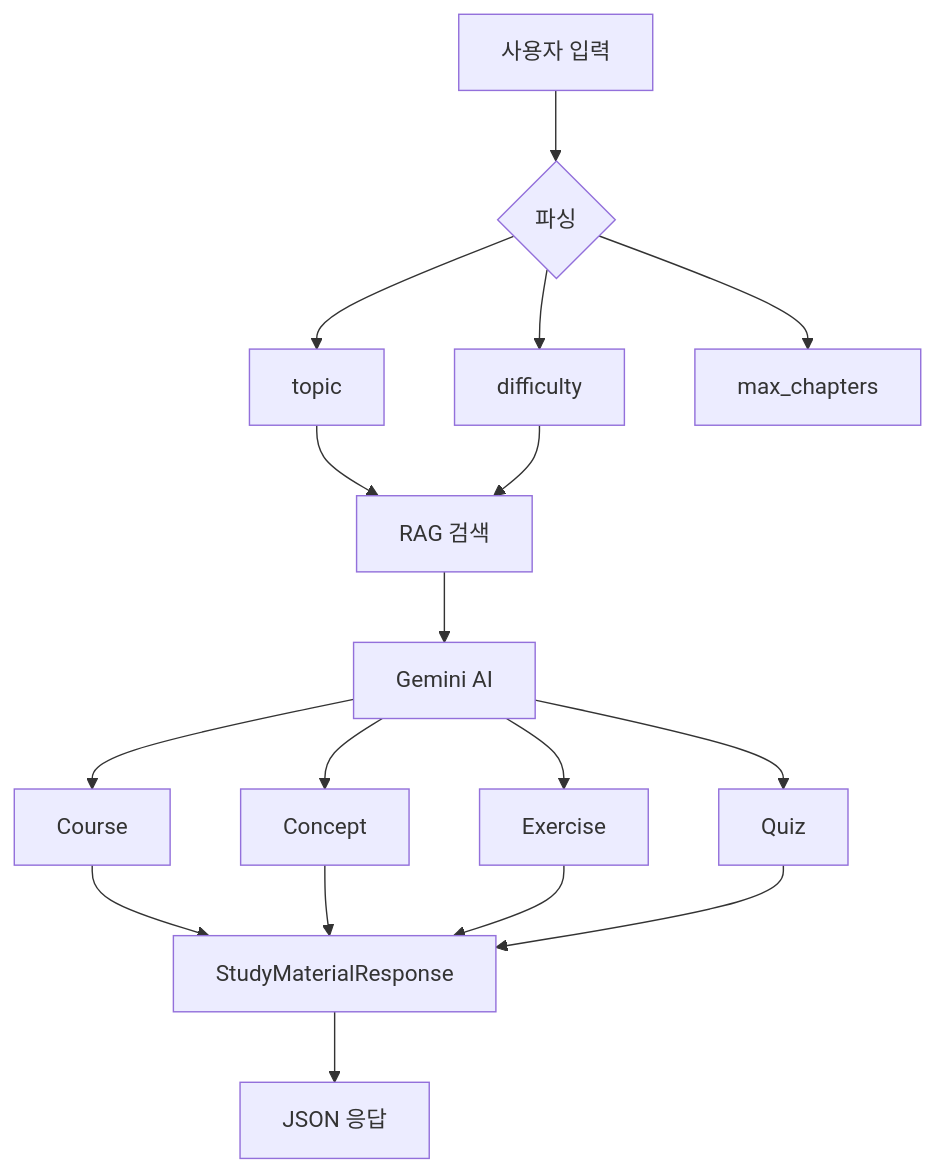
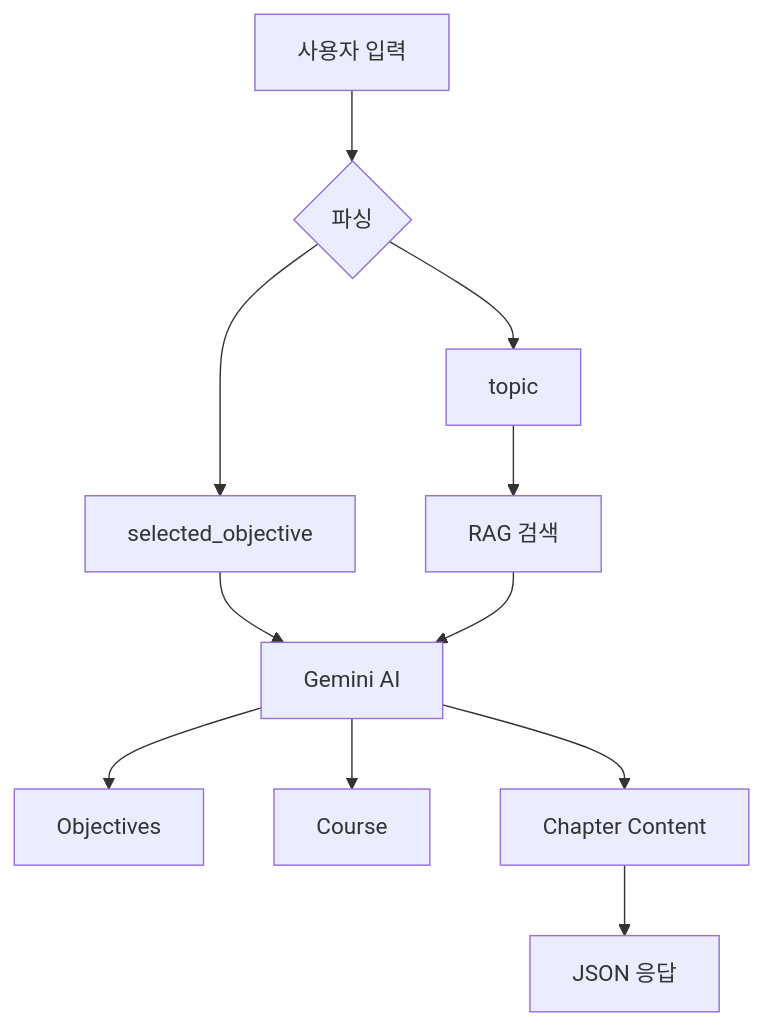
The eighth of 10 diagrams in plans/pop_pins_ii_sequence_diagram.md (I-nkamanda/poppins), drawn with Mermaid before and after one commit. The commit also changed other lines of this file and 15 other files, not shown here.

````diff
--- a/plans/pop_pins_ii_sequence_diagram.md
+++ b/plans/pop_pins_ii_sequence_diagram.md
@@ -216,21 +193,16 @@
 ```mermaid
 graph TD
     A[사용자 입력] --> B{파싱}
     B --> C[topic]
-    B --> D[difficulty]
-    B --> E[max_chapters]
+    B --> D[selected_objective]
     
     C --> F[RAG 검색]
-    D --> F
-    F --> G[Gemini AI]
-    G --> H[Course]
-    G --> I[Concept]
-    G --> J[Exercise]
-    G --> K[Quiz]
+    D --> G[Gemini AI]
+    F --> G
     
-    H --> L[StudyMaterialResponse]
-    I --> L
-    J --> L
-    K --> L
-    L --> M[JSON 응답]
+    G --> H[Objectives]
+    G --> I[Course]
+    G --> J[Chapter Content]
+    
+    J --> K[JSON 응답]
 ```
````
